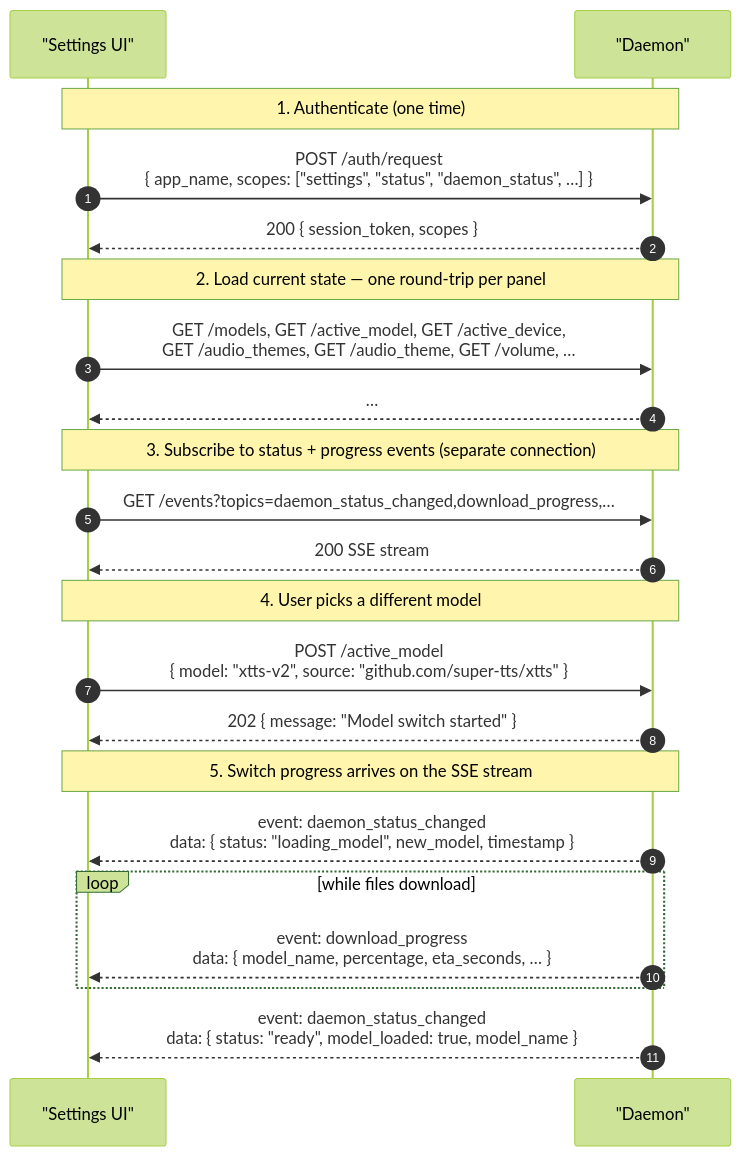
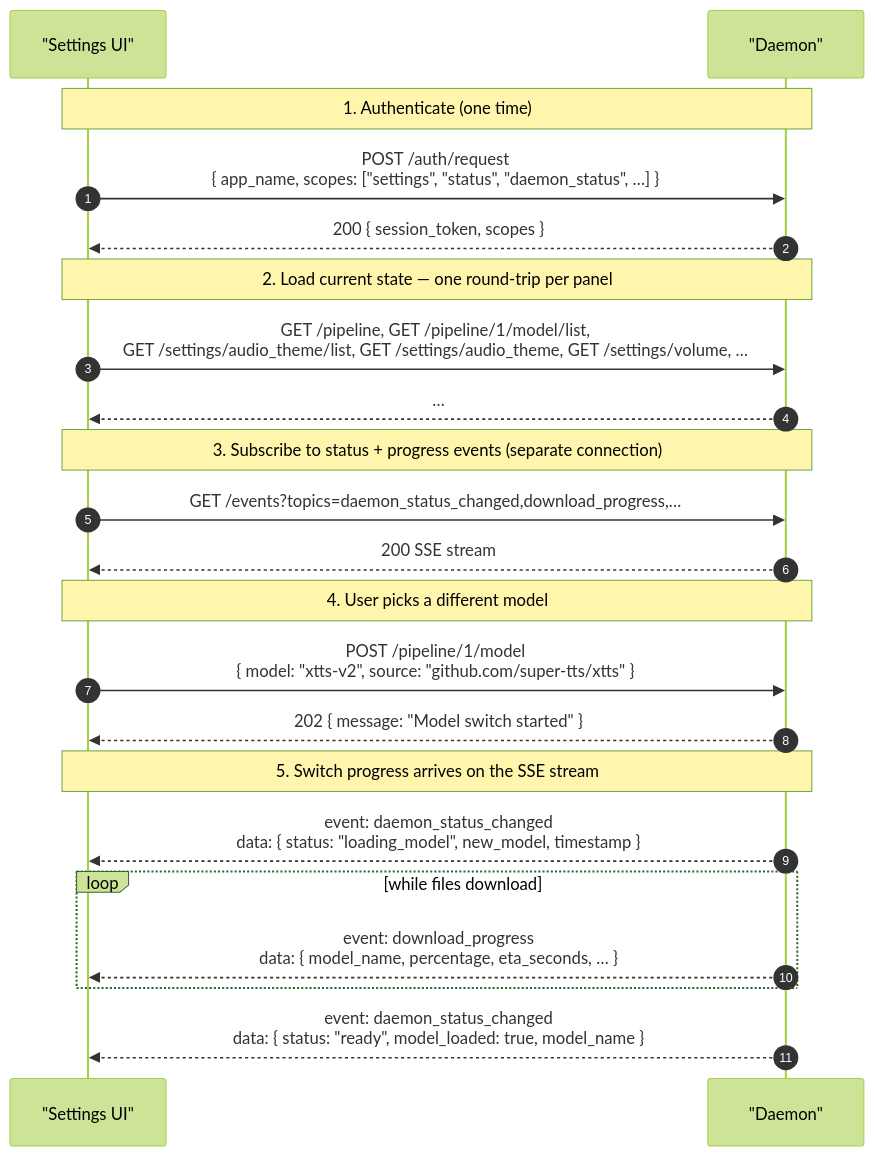
One commit to super-libre/super-tts changed the diagram in docs/protocol/scopes/settings.md. Above: the diagram before and after it, drawn with Mermaid (forest theme). The commit also changed other lines of this file and 232 other files, not shown here.

````diff
--- a/docs/protocol/scopes/settings.md
+++ b/docs/protocol/scopes/settings.md
@@ -75,29 +95,29 @@
 ```mermaid
 sequenceDiagram
     autonumber
     participant App as "Settings UI"
     participant D as "Daemon"
 
     Note over App,D: 1. Authenticate (one time)
     App->>D: POST /auth/request<br/>{ app_name, scopes: ["settings", "status", "daemon_status", …] }
     D-->>App: 200 { session_token, scopes }
 
     Note over App,D: 2. Load current state — one round-trip per panel
-    App->>D: GET /models, GET /active_model, GET /active_device,<br/>      GET /audio_themes, GET /audio_theme, GET /volume, …
+    App->>D: GET /pipeline, GET /pipeline/1/model/list,<br/>      GET /settings/audio_theme/list, GET /settings/audio_theme, GET /settings/volume, …
     D-->>App: …
 
     Note over App,D: 3. Subscribe to status + progress events (separate connection)
     App->>D: GET /events?topics=daemon_status_changed,download_progress,…
     D-->>App: 200 SSE stream
 
     Note over App,D: 4. User picks a different model
-    App->>D: POST /active_model<br/>{ model: "xtts-v2", source: "github.com/super-tts/xtts" }
+    App->>D: POST /pipeline/1/model<br/>{ model: "xtts-v2", source: "github.com/super-tts/xtts" }
     D-->>App: 202 { message: "Model switch started" }
 
     Note over App,D: 5. Switch progress arrives on the SSE stream
     D-->>App: event: daemon_status_changed<br/>data: { status: "loading_model", new_model, timestamp }
     loop while files download
         D-->>App: event: download_progress<br/>data: { model_name, percentage, eta_seconds, … }
     end
     D-->>App: event: daemon_status_changed<br/>data: { status: "ready", model_loaded: true, model_name }
 ```
````
